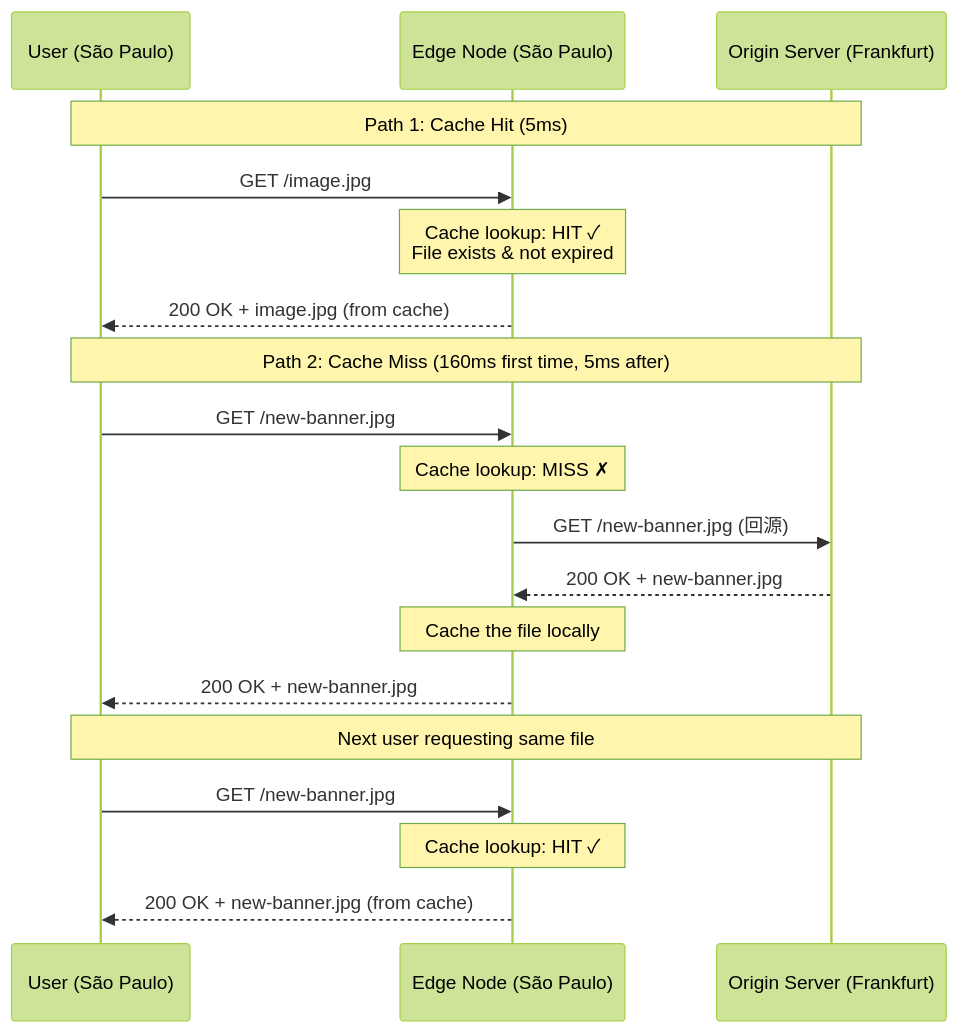
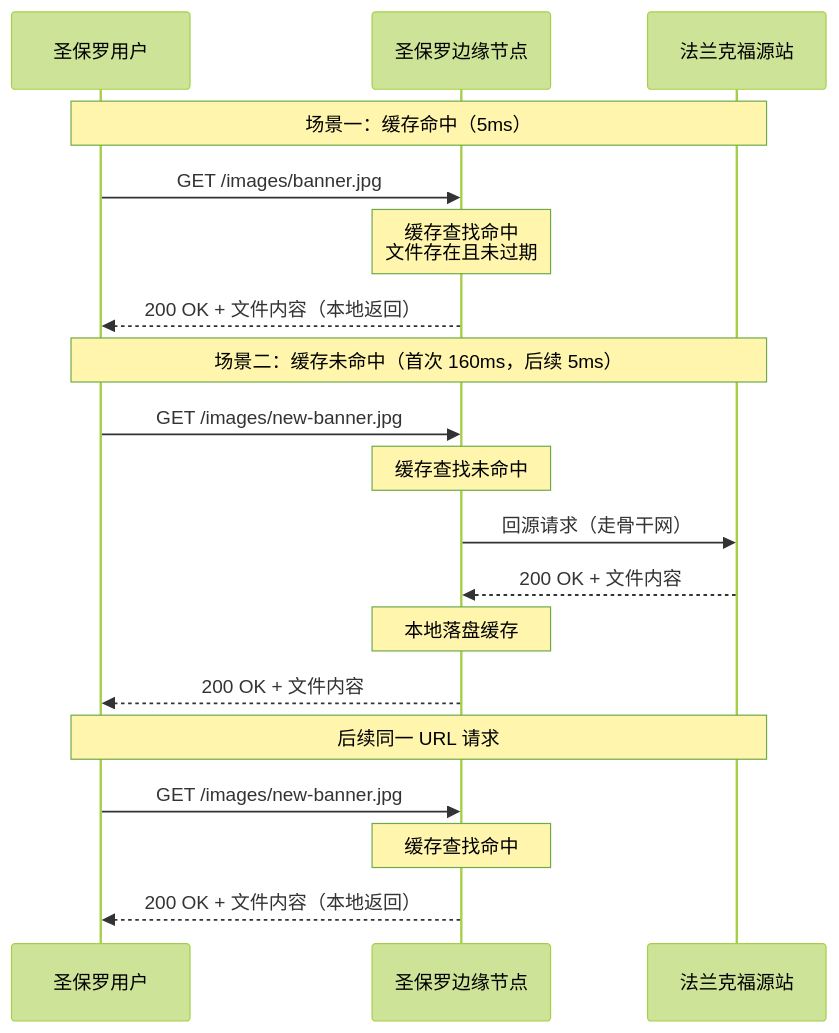
The first of 4 diagrams in docs/25.把内容推到用户身边CDN与边缘节点.md (caozhiyi/network-book), drawn with Mermaid (forest theme) before and after one commit. The commit also changed other lines of this file and 36 other files, not shown here.

````diff
--- a/docs/25.把内容推到用户身边CDN与边缘节点.md
+++ b/docs/25.把内容推到用户身边CDN与边缘节点.md
@@ -45,24 +31,24 @@
 ```mermaid
 sequenceDiagram
-    participant User as User (São Paulo)
-    participant Edge as Edge Node (São Paulo)
-    participant Origin as Origin Server (Frankfurt)
+    participant 用户 as 圣保罗用户
+    participant 边缘 as 圣保罗边缘节点
+    participant 源站 as 法兰克福源站
 
-    Note over User,Origin: Path 1: Cache Hit (5ms)
-    User->>Edge: GET /image.jpg
-    Note over Edge: Cache lookup: HIT ✓<br/>File exists & not expired
-    Edge-->>User: 200 OK + image.jpg (from cache)
+    Note over 用户,源站: 场景一：缓存命中（5ms）
+    用户->>边缘: GET /images/banner.jpg
+    Note over 边缘: 缓存查找命中<br/>文件存在且未过期
+    边缘-->>用户: 200 OK + 文件内容（本地返回）
 
-    Note over User,Origin: Path 2: Cache Miss (160ms first time, 5ms after)
-    User->>Edge: GET /new-banner.jpg
-    Note over Edge: Cache lookup: MISS ✗
-    Edge->>Origin: GET /new-banner.jpg (回源)
-    Origin-->>Edge: 200 OK + new-banner.jpg
-    Note over Edge: Cache the file locally
-    Edge-->>User: 200 OK + new-banner.jpg
+    Note over 用户,源站: 场景二：缓存未命中（首次 160ms，后续 5ms）
+    用户->>边缘: GET /images/new-banner.jpg
+    Note over 边缘: 缓存查找未命中
+    边缘->>源站: 回源请求（走骨干网）
+    源站-->>边缘: 200 OK + 文件内容
+    Note over 边缘: 本地落盘缓存
+    边缘-->>用户: 200 OK + 文件内容
 
-    Note over User,Origin: Next user requesting same file
-    User->>Edge: GET /new-banner.jpg
-    Note over Edge: Cache lookup: HIT ✓
-    Edge-->>User: 200 OK + new-banner.jpg (from cache)
+    Note over 用户,源站: 后续同一 URL 请求
+    用户->>边缘: GET /images/new-banner.jpg
+    Note over 边缘: 缓存查找命中
+    边缘-->>用户: 200 OK + 文件内容（本地返回）
 ```
````
